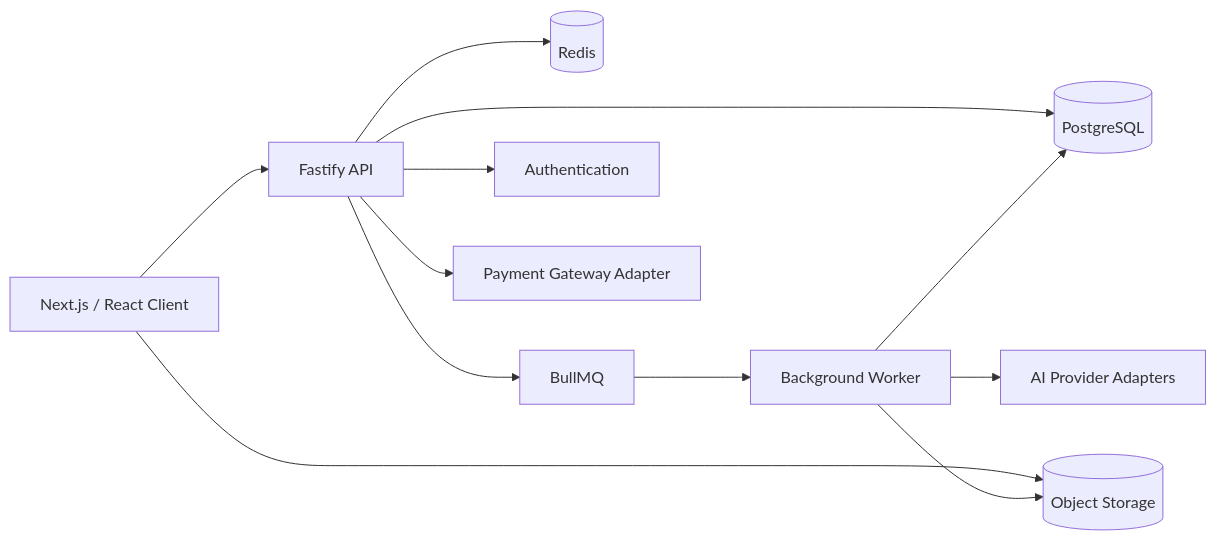
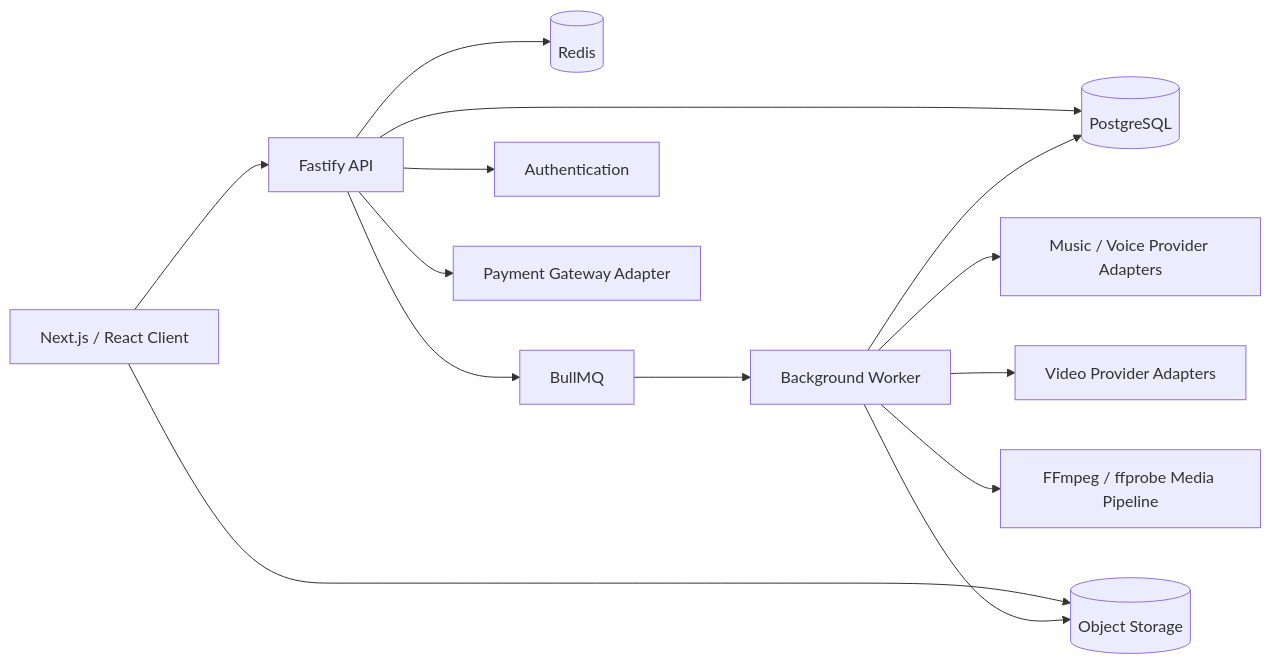
One commit to Demon5611/AI-Music-Showcase changed the diagram in README.md. Above: the diagram before and after it, drawn with Mermaid. The commit also changed other lines of this file, not shown here.

Commit message:
docs: refresh showcase for video generation architecture

````diff
--- a/README.md
+++ b/README.md
@@ -54,31 +59,34 @@
 ```mermaid
 flowchart LR
     Client[Next.js / React Client]
-
     API[Fastify API]
 
     DB[(PostgreSQL)]
     Redis[(Redis)]
     Queue[BullMQ]
     Worker[Background Worker]
 
-    AI[AI Provider Adapters]
+    Music[Music / Voice Provider Adapters]
+    Video[Video Provider Adapters]
+    Composer[FFmpeg / ffprobe Media Pipeline]
     Storage[(Object Storage)]
     Auth[Authentication]
     Payment[Payment Gateway Adapter]
 
     Client --> API
     Client --> Storage
 
     API --> Auth
     API --> DB
     API --> Redis
     API --> Queue
     API --> Payment
 
     Queue --> Worker
 
-    Worker --> AI
+    Worker --> Music
+    Worker --> Video
+    Worker --> Composer
     Worker --> DB
     Worker --> Storage
 ```
````
